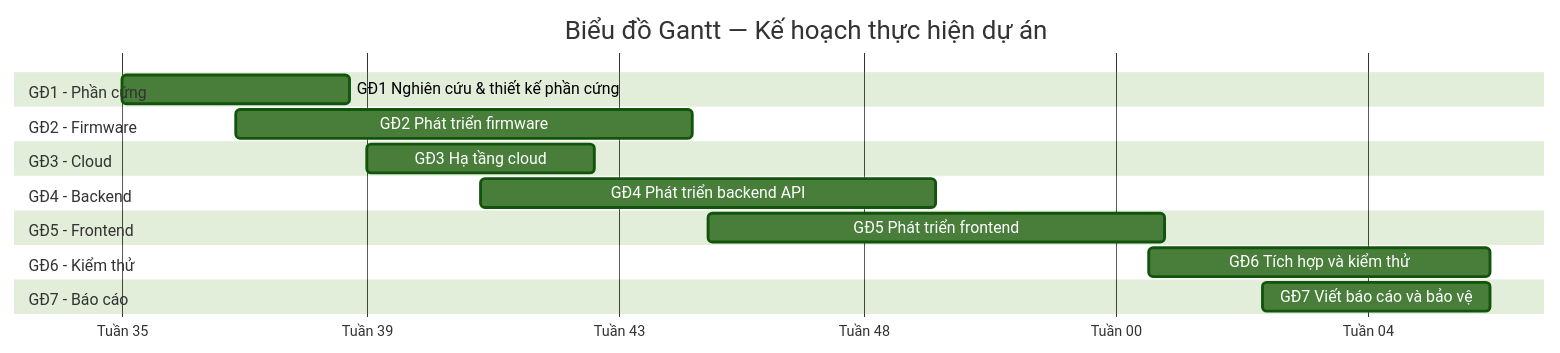
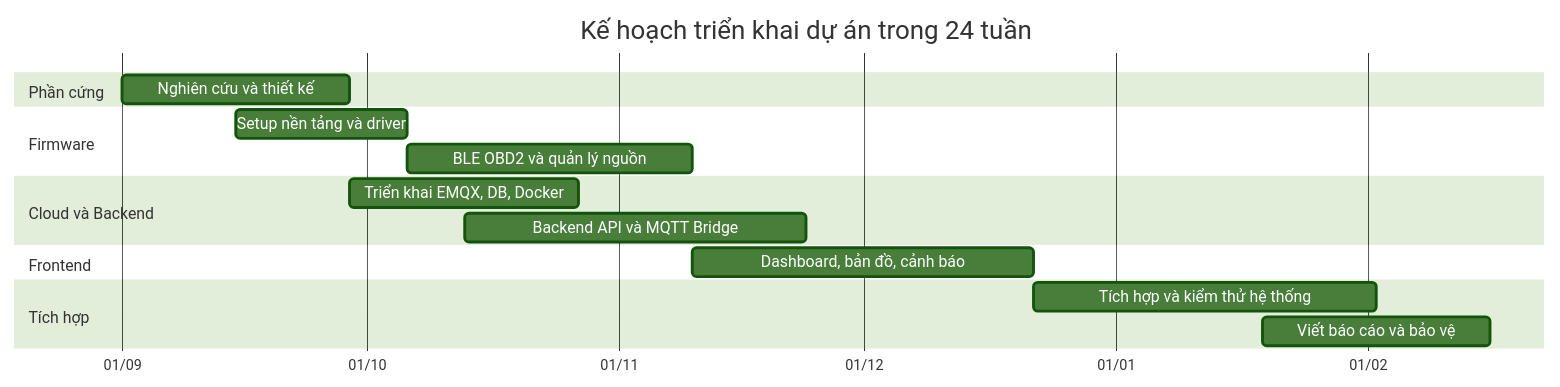
One commit to anmh1205/IoT_Vehicle_Tracking_System changed the diagram in tmp-mermaid/thesis-14-phu-luc-01.mmd. Above: the diagram before and after it, drawn with Mermaid (forest theme). The commit also changed 257 other files, not shown here.

First line of the commit message:
update: Add Mermaid diagrams and theme configuration for tracking system

```diff
--- a/tmp-mermaid/thesis-14-phu-luc-01.mmd
+++ b/tmp-mermaid/thesis-14-phu-luc-01.mmd
@@ -1,25 +1,22 @@
 gantt
-    title Biểu đồ Gantt — Kế hoạch thực hiện dự án
+    title Kế hoạch triển khai dự án trong 24 tuần
     dateFormat  YYYY-MM-DD
-    axisFormat  Tuần %W
+    axisFormat  %d/%m
 
-    section GĐ1 - Phần cứng
-    GĐ1 Nghiên cứu & thiết kế phần cứng :gd1, 2025-09-01, 4w
+    section Phần cứng
+    Nghiên cứu và thiết kế         :a1, 2025-09-01, 28d
 
-    section GĐ2 - Firmware
-    GĐ2 Phát triển firmware              :gd2, 2025-09-15, 8w
+    section Firmware
+    Setup nền tảng và driver       :a2, 2025-09-15, 21d
+    BLE OBD2 và quản lý nguồn      :a3, after a2, 35d
 
-    section GĐ3 - Cloud
-    GĐ3 Hạ tầng cloud                    :gd3, 2025-10-01, 4w
+    section Cloud và Backend
+    Triển khai EMQX, DB, Docker    :a4, 2025-09-29, 28d
+    Backend API và MQTT Bridge     :a5, 2025-10-13, 42d
 
-    section GĐ4 - Backend
-    GĐ4 Phát triển backend API           :gd4, 2025-10-15, 8w
+    section Frontend
+    Dashboard, bản đồ, cảnh báo    :a6, 2025-11-10, 42d
 
-    section GĐ5 - Frontend
-    GĐ5 Phát triển frontend              :gd5, 2025-11-12, 8w
-
-    section GĐ6 - Kiểm thử
-    GĐ6 Tích hợp và kiểm thử            :gd6, 2026-01-05, 6w
-
-    section GĐ7 - Báo cáo
-    GĐ7 Viết báo cáo và bảo vệ          :gd7, 2026-01-19, 4w
+    section Tích hợp
+    Tích hợp và kiểm thử hệ thống  :a7, 2025-12-22, 42d
+    Viết báo cáo và bảo vệ         :a8, 2026-01-19, 28d
```
